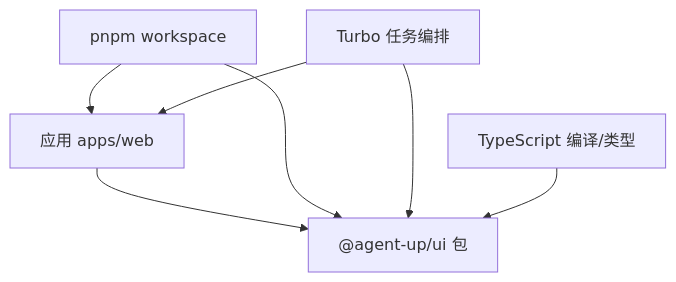
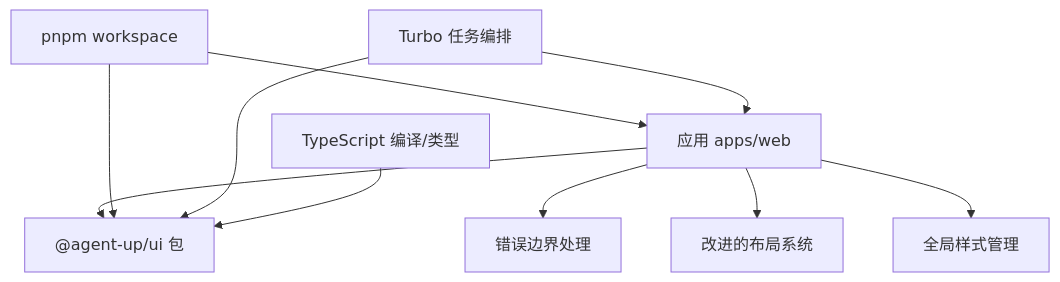
The second of 4 diagrams in .qoder/repowiki/zh/content/共享包开发/UI Component Library 包.md (ai-guru-global/agent-up), drawn with Mermaid before and after one commit. The commit also changed other lines of this file and 105 other files, not shown here.

````diff
--- a/.qoder/repowiki/zh/content/共享包开发/UI Component Library 包.md
+++ b/.qoder/repowiki/zh/content/共享包开发/UI Component Library 包.md
@@ -93,14 +109,20 @@
 ```mermaid
 graph TB
 App["应用 apps/web"]
 UI["@agent-up/ui 包"]
 Pnpm["pnpm workspace"]
 Turbo["Turbo 任务编排"]
 TS["TypeScript 编译/类型"]
+ErrorBoundary["错误边界处理"]
+LayoutSystem["改进的布局系统"]
+GlobalStyles["全局样式管理"]
 App --> UI
+App --> ErrorBoundary
+App --> LayoutSystem
+App --> GlobalStyles
 Pnpm --> App
 Pnpm --> UI
 Turbo --> App
 Turbo --> UI
 TS --> UI
 ```
````
